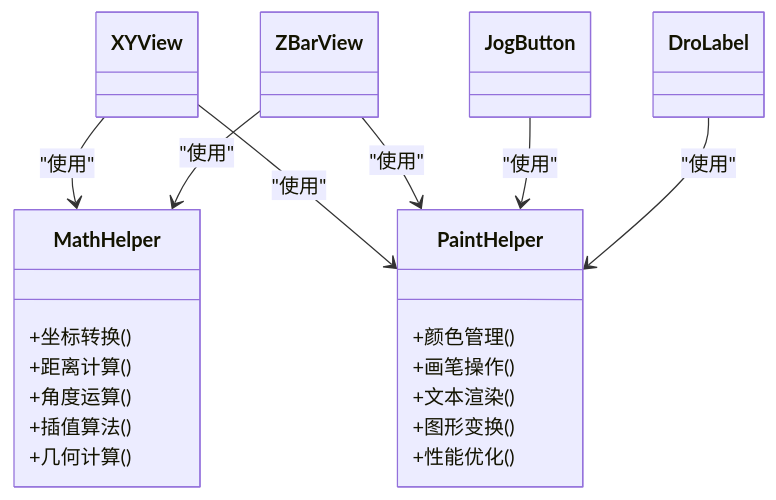
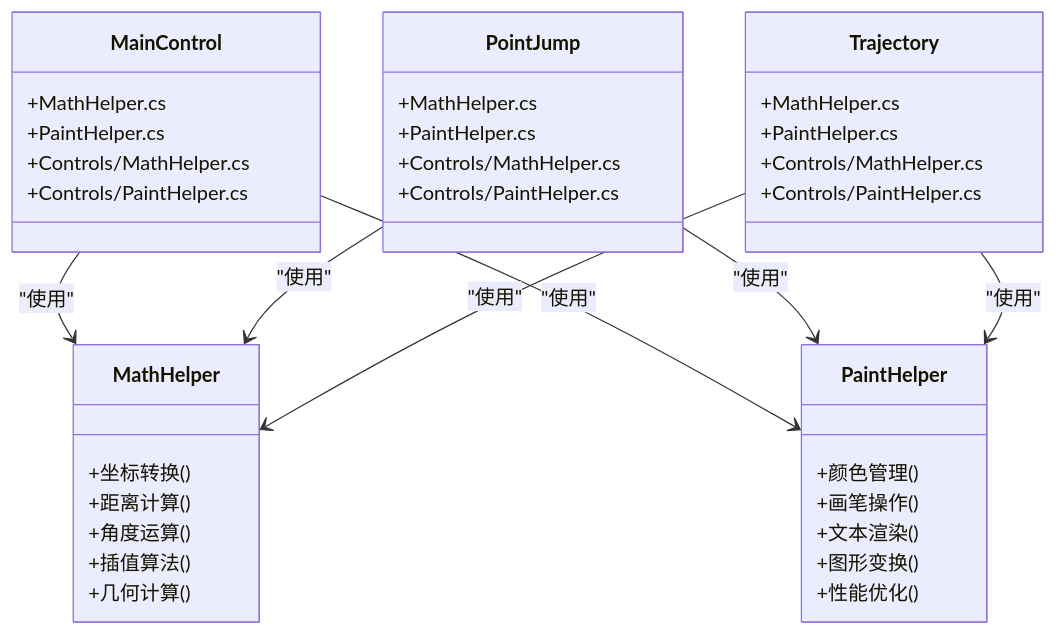
One commit to fuweiq94-cloud/339918076 changed the second of 3 diagrams in .qoder/repowiki/zh/content/UI控件库/工具辅助类.md. Above: the diagram before and after it, drawn with Mermaid. The commit also changed other lines of this file and 84 other files, not shown here.

````diff
--- a/.qoder/repowiki/zh/content/UI控件库/工具辅助类.md
+++ b/.qoder/repowiki/zh/content/UI控件库/工具辅助类.md
@@ -79,27 +122,41 @@
 ```mermaid
 classDiagram
+class MainControl {
++MathHelper.cs
++PaintHelper.cs
++Controls/MathHelper.cs
++Controls/PaintHelper.cs
+}
+class PointJump {
++MathHelper.cs
++PaintHelper.cs
++Controls/MathHelper.cs
++Controls/PaintHelper.cs
+}
+class Trajectory {
++MathHelper.cs
++PaintHelper.cs
++Controls/MathHelper.cs
++Controls/PaintHelper.cs
+}
 class MathHelper {
 +坐标转换()
 +距离计算()
 +角度运算()
 +插值算法()
 +几何计算()
 }
 class PaintHelper {
 +颜色管理()
 +画笔操作()
 +文本渲染()
 +图形变换()
 +性能优化()
 }
-class XYView
-class ZBarView
-class JogButton
-class DroLabel
-XYView --> MathHelper : "使用"
-XYView --> PaintHelper : "使用"
-ZBarView --> MathHelper : "使用"
-ZBarView --> PaintHelper : "使用"
-JogButton --> PaintHelper : "使用"
-DroLabel --> PaintHelper : "使用"
+MainControl --> MathHelper : "使用"
+MainControl --> PaintHelper : "使用"
+PointJump --> MathHelper : "使用"
+PointJump --> PaintHelper : "使用"
+Trajectory --> MathHelper : "使用"
+Trajectory --> PaintHelper : "使用"
 ```
````
